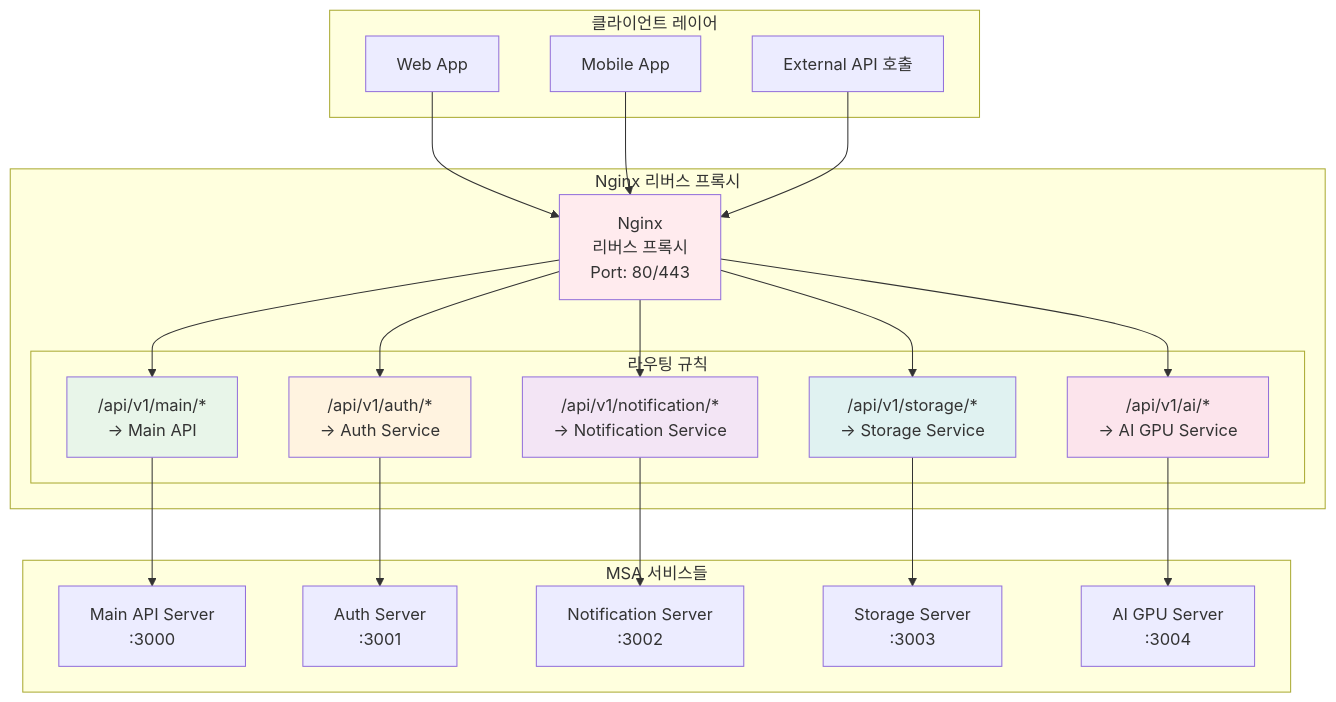
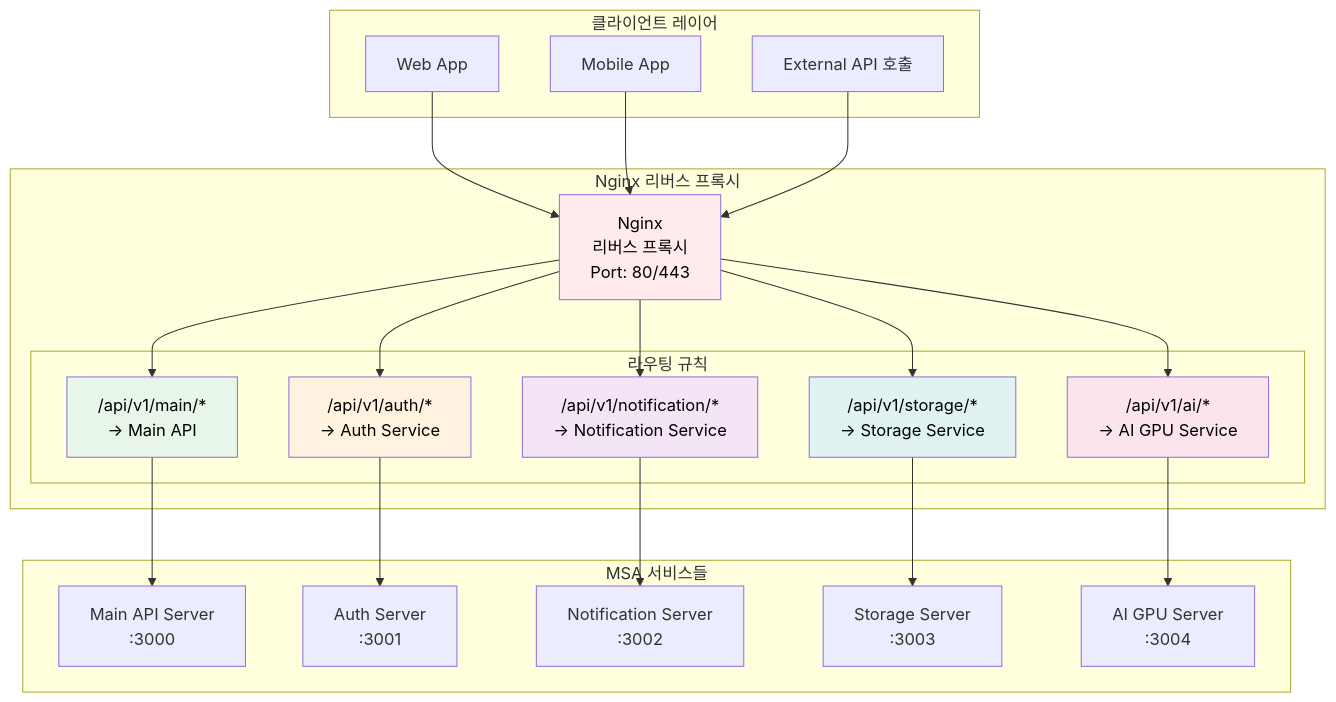
Before and after one commit to isinthesky/isinthesky: the first of 2 diagrams in study/msa-experience/2-route.md, drawn with Mermaid. The commit also changed other lines of this file and 4 other files, not shown here.

````diff
--- a/study/msa-experience/2-route.md
+++ b/study/msa-experience/2-route.md
@@ -25,45 +25,45 @@
 ```mermaid
 graph TB
     subgraph "클라이언트 레이어"
         Web[Web App]
         Mobile[Mobile App]
         External[External API 호출]
     end
     
     subgraph "Nginx 리버스 프록시"
         Gateway[Nginx<br/>리버스 프록시<br/>Port: 80/443]
         
         subgraph "라우팅 규칙"
             Route1["/api/v1/main/*<br/>→ Main API"]
             Route2["/api/v1/auth/*<br/>→ Auth Service"]
             Route3["/api/v1/notification/*<br/>→ Notification Service"]
             Route4["/api/v1/storage/*<br/>→ Storage Service"]
             Route5["/api/v1/ai/*<br/>→ AI GPU Service"]
         end
     end
     
     subgraph "MSA 서비스들"
         MainAPI[Main API Server<br/>:3000]
         AuthService[Auth Server<br/>:3001]
         NotiService[Notification Server<br/>:3002]
         StorageService[Storage Server<br/>:3003]
         AIService[AI GPU Server<br/>:3004]
     end
     
     Web --> Gateway
     Mobile --> Gateway
     External --> Gateway
     
     Gateway --> Route1 --> MainAPI
     Gateway --> Route2 --> AuthService
     Gateway --> Route3 --> NotiService
     Gateway --> Route4 --> StorageService
     Gateway --> Route5 --> AIService
     
-    style Gateway fill:#ffebee
-    style Route1 fill:#e8f5e9
-    style Route2 fill:#fff3e0
-    style Route3 fill:#f3e5f5
-    style Route4 fill:#e0f2f1
-    style Route5 fill:#fce4ec
+    style Gateway fill:#ffebee,color:#000
+    style Route1 fill:#e8f5e9,color:#000
+    style Route2 fill:#fff3e0,color:#000
+    style Route3 fill:#f3e5f5,color:#000
+    style Route4 fill:#e0f2f1,color:#000
+    style Route5 fill:#fce4ec,color:#000
 ```
````
